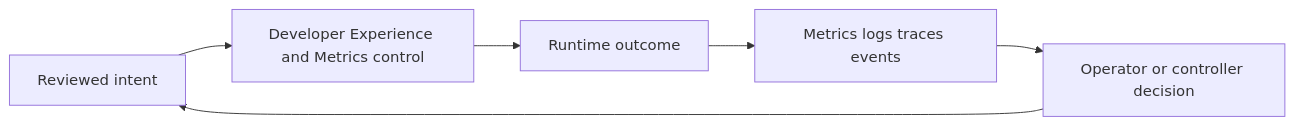
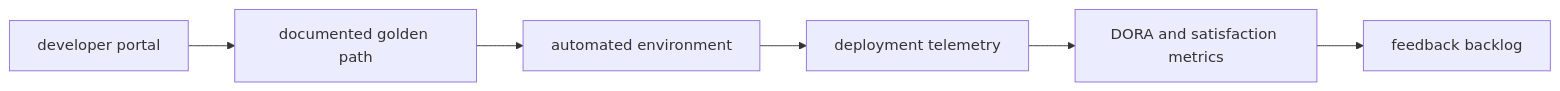
The diagram in docs/study/platform-engineering/05-developer-experience-and-metrics.md (m1mohamad/devops-sre-prep), drawn with Mermaid before and after one commit. The commit also changed other lines of this file and 61 other files, not shown here.

Commit message:
Replace generic architecture and study templates

````diff
--- a/docs/study/platform-engineering/05-developer-experience-and-metrics.md
+++ b/docs/study/platform-engineering/05-developer-experience-and-metrics.md
@@ -20,8 +15,4 @@
 ```mermaid
 flowchart LR
-  Intent[Reviewed intent] --> Control[Developer Experience and Metrics control]
-  Control --> Runtime[Runtime outcome]
-  Runtime --> Signals[Metrics logs traces events]
-  Signals --> Decision[Operator or controller decision]
-  Decision --> Intent
+  N0[developer portal] --> N1[documented golden path] --> N2[automated environment] --> N3[deployment telemetry] --> N4[DORA and satisfaction metrics] --> N5[feedback backlog]
 ```
````
